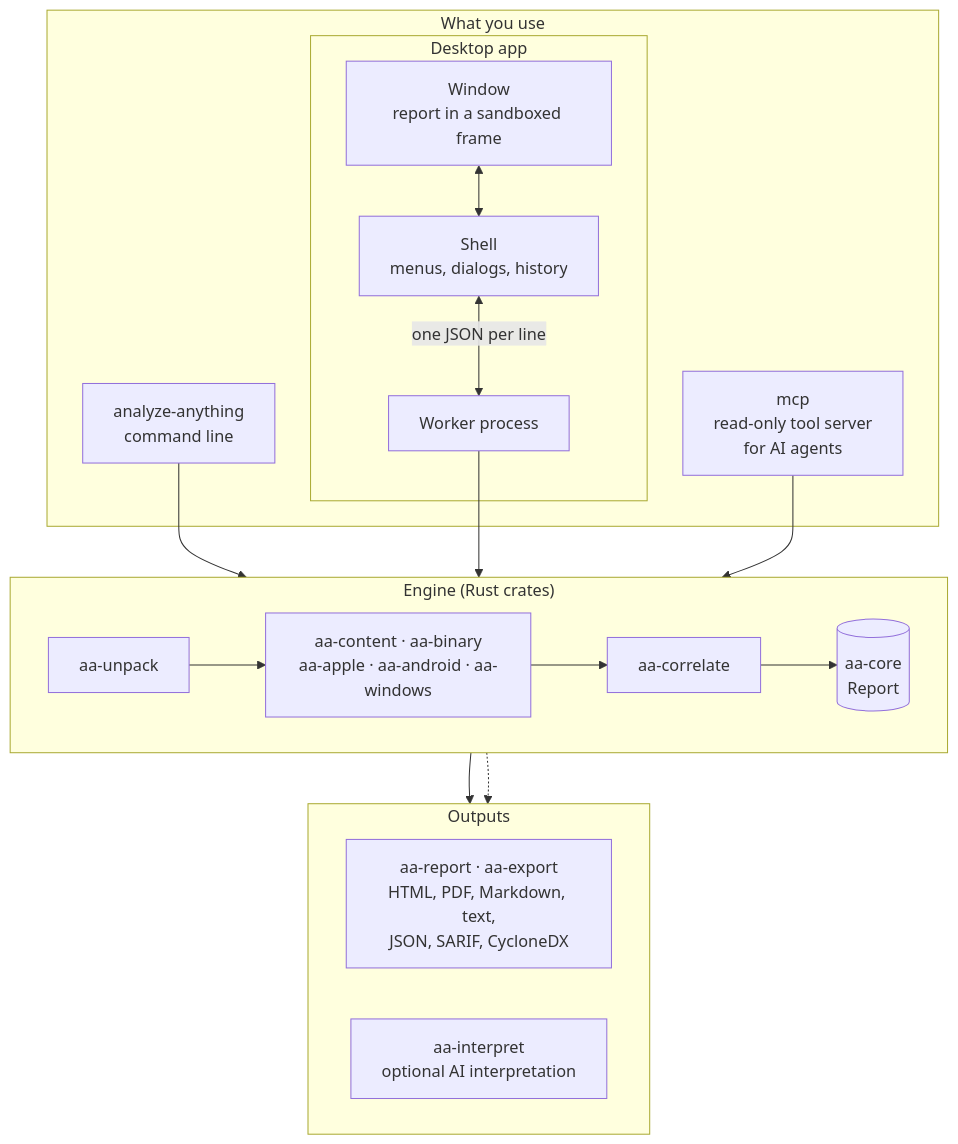
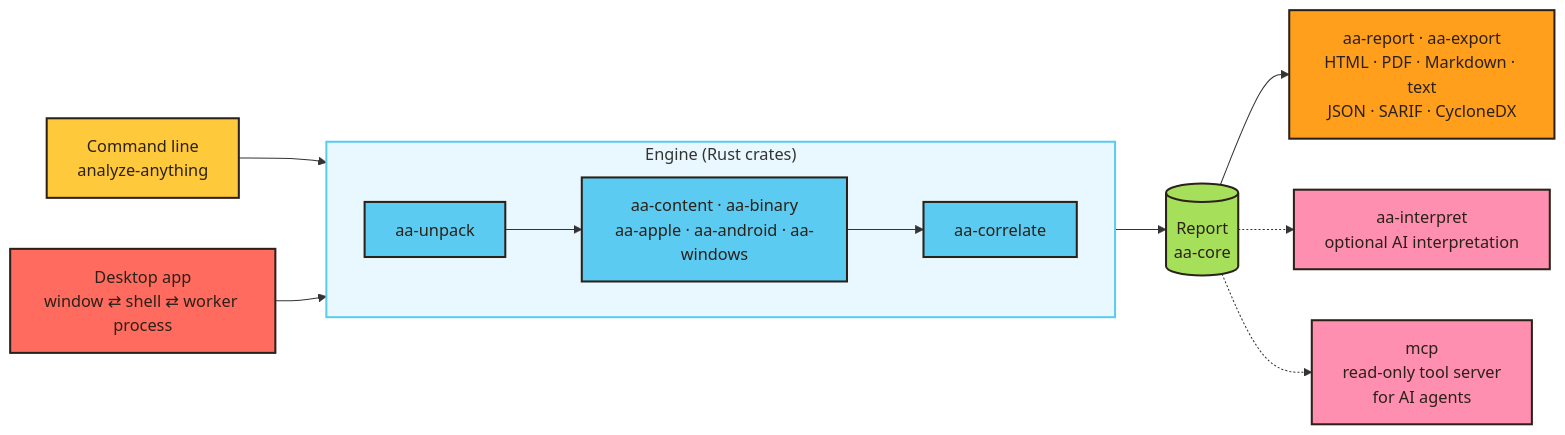
The second of 2 diagrams in README.md (atomsprout/analyze-anything), drawn with Mermaid before and after one commit. The commit also changed other lines of this file and 1 other file, not shown here.

Commit message:
README: the two diagrams run left to right, in the site's colours

````diff
--- a/README.md
+++ b/README.md
@@ -84,25 +90,26 @@
 ```mermaid
-flowchart TB
-  subgraph faces["What you use"]
-    cli["analyze-anything<br/>command line"]
-    subgraph desktop["Desktop app"]
-      page["Window<br/>report in a sandboxed frame"] <--> shell["Shell<br/>menus, dialogs, history"]
-      shell <-->|"one JSON per line"| worker["Worker process"]
-    end
-    mcp["mcp<br/>read-only tool server<br/>for AI agents"]
-  end
+flowchart LR
+  cli["Command line<br/>analyze-anything"]:::sun
+  app["Desktop app<br/>window ⇄ shell ⇄ worker process"]:::coral
   subgraph engine["Engine (Rust crates)"]
     direction LR
-    unpack2["aa-unpack"] --> analyzers["aa-content · aa-binary<br/>aa-apple · aa-android · aa-windows"] --> correlate["aa-correlate"] --> core[("aa-core<br/>Report")]
+    unpack["aa-unpack"]:::sky --> analyzers["aa-content · aa-binary<br/>aa-apple · aa-android · aa-windows"]:::sky --> correlate["aa-correlate"]:::sky
   end
-  subgraph outputs["Outputs"]
-    direction LR
-    exports["aa-report · aa-export<br/>HTML, PDF, Markdown, text,<br/>JSON, SARIF, CycloneDX"]
-    interpret["aa-interpret<br/>optional AI interpretation"]
-  end
-  cli --> unpack2
-  worker --> unpack2
-  core --> exports
-  core -.-> interpret
-  mcp --> core
+  report[("Report<br/>aa-core")]:::lime
+  exports["aa-report · aa-export<br/>HTML · PDF · Markdown · text<br/>JSON · SARIF · CycloneDX"]:::orange
+  ai["aa-interpret<br/>optional AI interpretation"]:::pink
+  mcp["mcp<br/>read-only tool server<br/>for AI agents"]:::pink
+  cli --> unpack
+  app --> unpack
+  correlate --> report
+  report --> exports
+  report -.-> ai
+  report -.-> mcp
+  classDef sun fill:#ffc93c,stroke:#2b2118,stroke-width:2px,color:#2b2118;
+  classDef coral fill:#ff6b5e,stroke:#2b2118,stroke-width:2px,color:#2b2118;
+  classDef sky fill:#5ccbf2,stroke:#2b2118,stroke-width:2px,color:#2b2118;
+  classDef lime fill:#a6e05a,stroke:#2b2118,stroke-width:2px,color:#2b2118;
+  classDef pink fill:#ff8fb1,stroke:#2b2118,stroke-width:2px,color:#2b2118;
+  classDef orange fill:#ff9f1c,stroke:#2b2118,stroke-width:2px,color:#2b2118;
+  style engine fill:#5ccbf222,stroke:#5ccbf2,stroke-width:2px;
 ```
````
